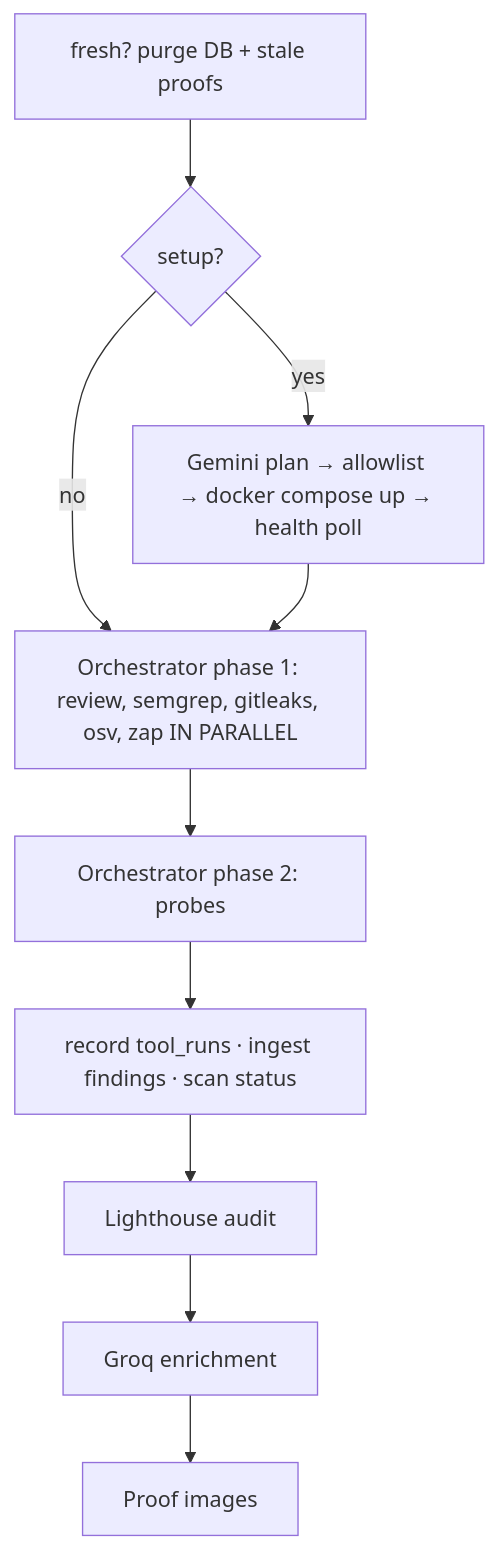
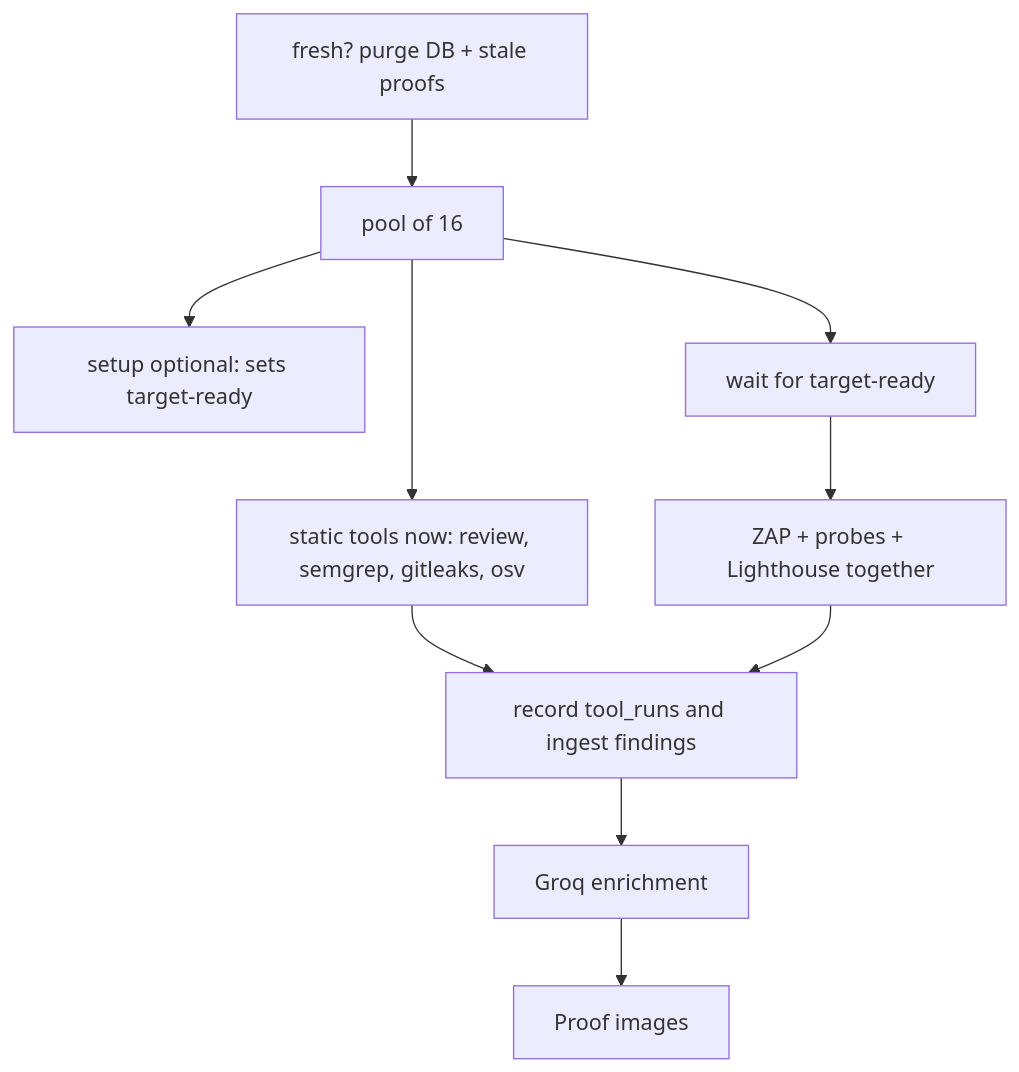
The third of 4 diagrams in README.md (GautamJainoo/CyberEye-SIH), drawn with Mermaid before and after one commit. The commit also changed other lines of this file and 4 other files, not shown here.

````diff
--- a/README.md
+++ b/README.md
@@ -339,12 +339,12 @@
 ```mermaid
 flowchart TD
-  A[fresh? purge DB + stale proofs] --> B{setup?}
-  B -->|yes| C[Gemini plan → allowlist → docker compose up → health poll]
-  B -->|no| D
-  C --> D[Orchestrator phase 1: review, semgrep, gitleaks, osv, zap IN PARALLEL]
-  D --> E[Orchestrator phase 2: probes]
-  E --> F[record tool_runs · ingest findings · scan status]
-  F --> G[Lighthouse audit]
+  A[fresh? purge DB + stale proofs] --> B[pool of 16]
+  B --> C[setup optional: sets target-ready]
+  B --> D[static tools now: review, semgrep, gitleaks, osv]
+  B --> E[wait for target-ready]
+  E --> F[ZAP + probes + Lighthouse together]
+  D --> G[record tool_runs and ingest findings]
+  F --> G
   G --> H[Groq enrichment]
   H --> I[Proof images]
 ```
````
